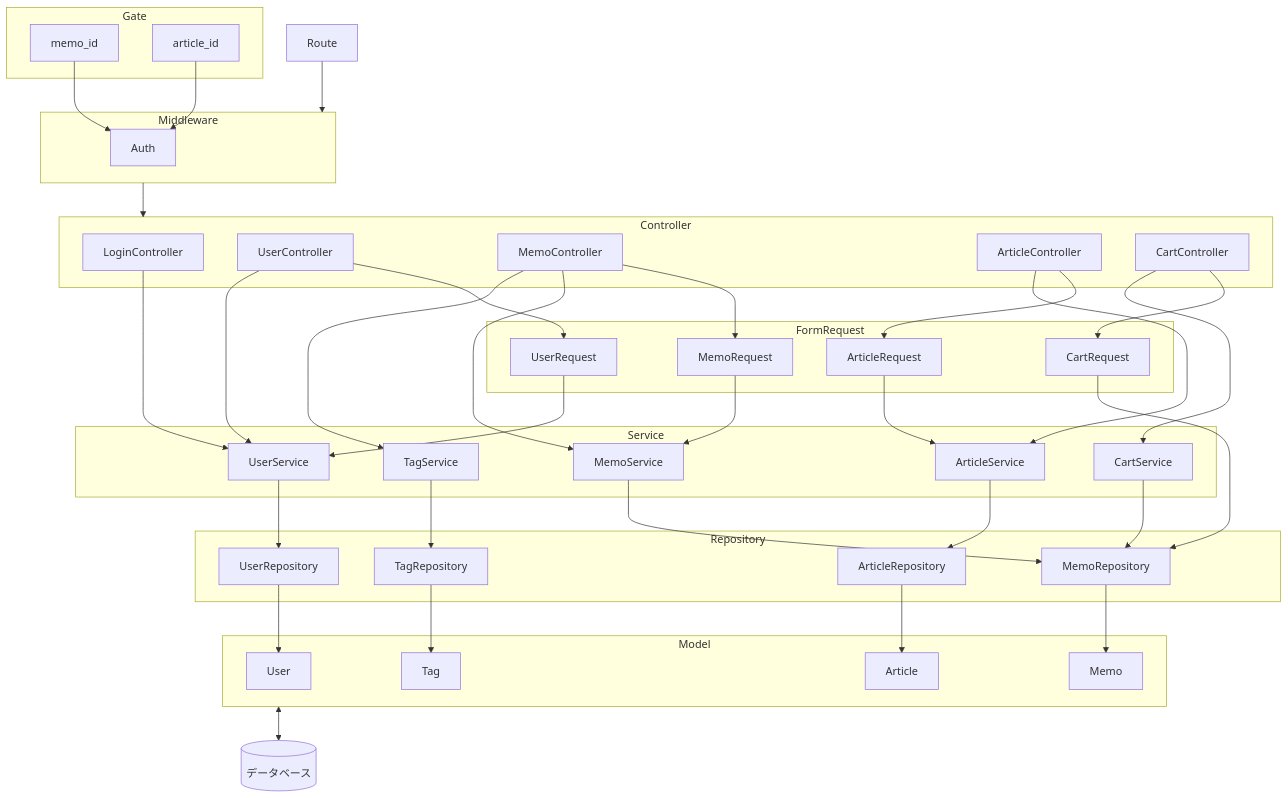
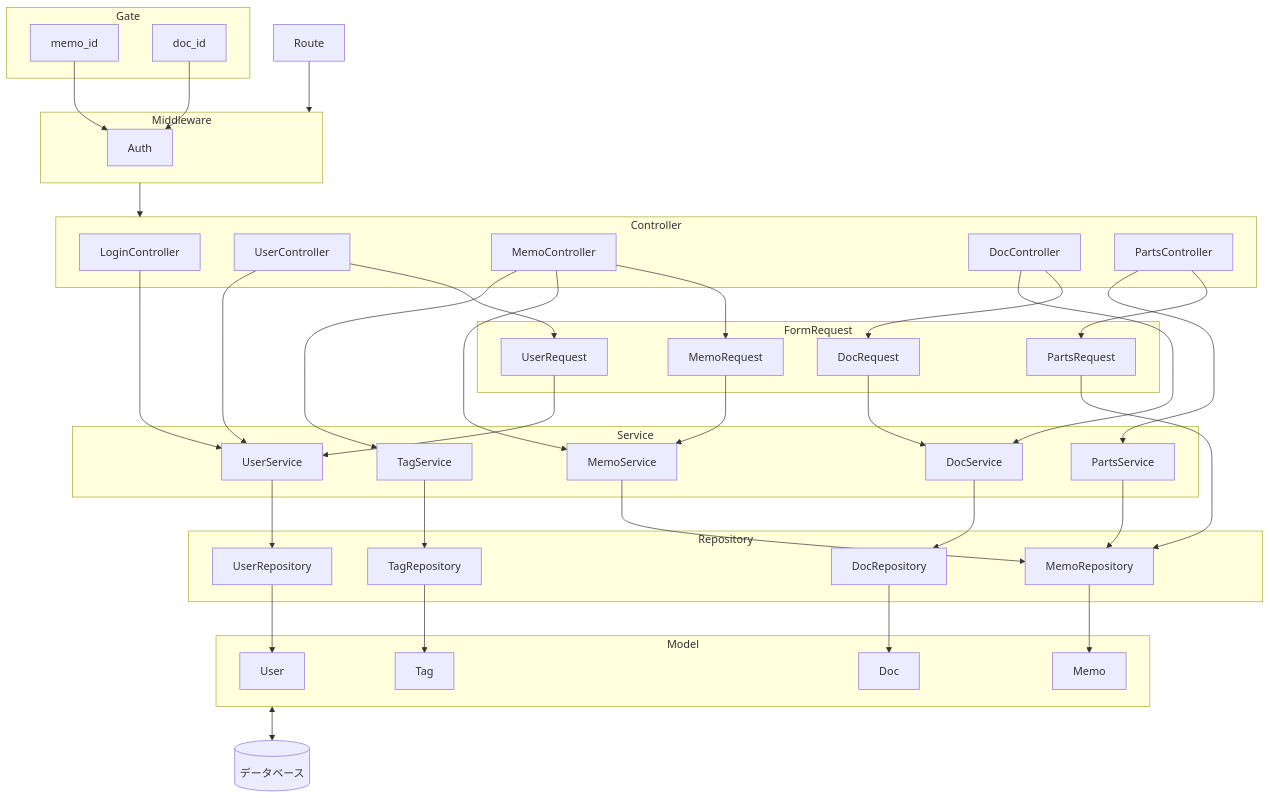
Before and after one commit to joyrswd/memodoc: the diagram in doc/class.md, drawn with Mermaid. The commit also changed other lines of this file and 14 other files, not shown here.

````diff
--- a/doc/class.md
+++ b/doc/class.md
@@ -2,54 +2,54 @@
 ```mermaid
 graph TB
     Route
     subgraph Middleware
         Auth
     end
     subgraph Gate
         memo_id  --> Auth
-        article_id  --> Auth
+        doc_id  --> Auth
     end
     subgraph Model
         User
         Memo
         Tag
-        Article
+        Doc
     end
     subgraph Repository
         UserRepository --> User
         MemoRepository --> Memo
         TagRepository --> Tag
-        ArticleRepository --> Article
+        DocRepository --> Doc
     end
     subgraph Service
         UserService --> UserRepository
         MemoService --> MemoRepository
         TagService --> TagRepository
-        ArticleService --> ArticleRepository
-        CartService
+        DocService --> DocRepository
+        PartsService
     end
     subgraph FormRequest
         UserRequest --> UserService
         MemoRequest --> MemoService
-        ArticleRequest --> ArticleService
-        CartRequest
+        DocRequest --> DocService
+        PartsRequest
     end
     subgraph Controller
         LoginController
         UserController --> UserRequest
         MemoController --> MemoRequest
-        ArticleController --> ArticleRequest
-        CartController --> CartRequest
+        DocController --> DocRequest
+        PartsController --> PartsRequest
     end
     DB[(データベース)]
     Model <--> DB
     Route --> Middleware --> Controller
     LoginController --> UserService 
     UserController --> UserService
     MemoController --> MemoService
     MemoController --> TagService
-    ArticleController --> ArticleService
-    CartController --> CartService
-    CartService --> MemoRepository
-    CartRequest --> MemoRepository
+    DocController --> DocService
+    PartsController --> PartsService
+    PartsService --> MemoRepository
+    PartsRequest --> MemoRepository
 ```
````
